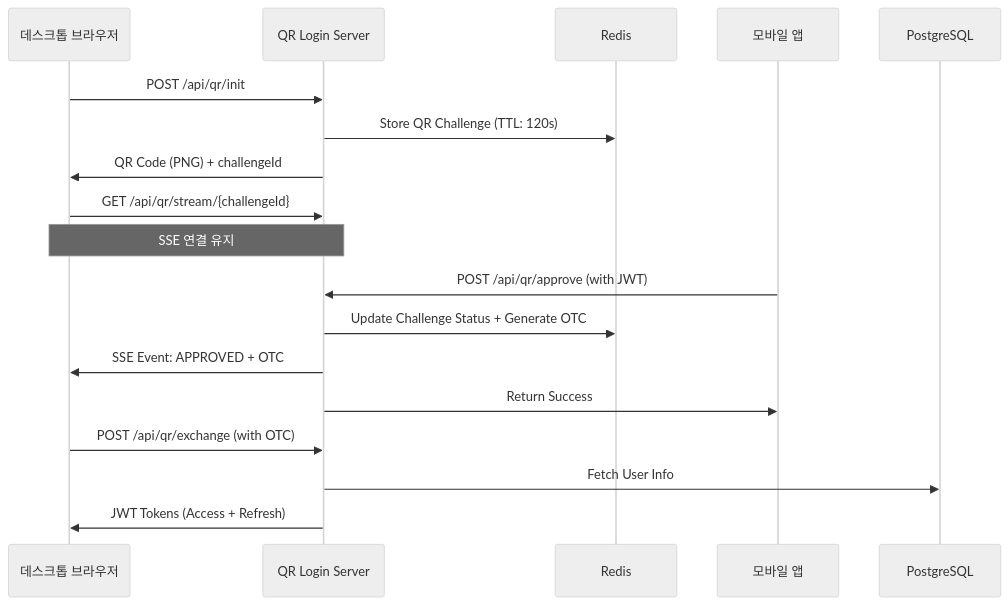
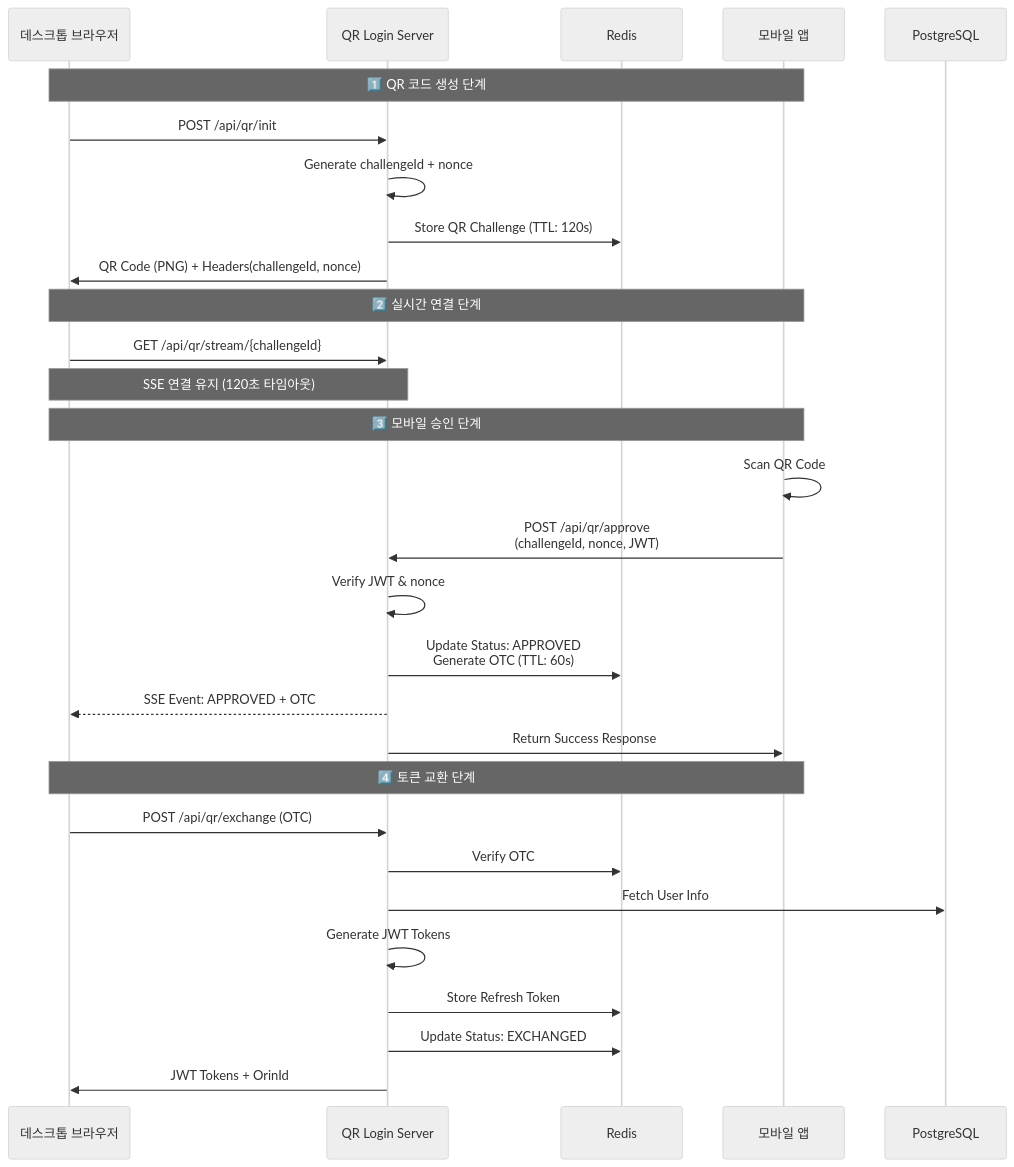
One commit to minjcho/mqttServer changed the second of 2 diagrams in qr-login-system/README.md. Above: the diagram before and after it, drawn with Mermaid (neutral theme). The commit also changed other lines of this file, not shown here.

Commit message:
[update] enhance README with Redis integration details and updated architecture diagrams

````diff
--- a/qr-login-system/README.md
+++ b/qr-login-system/README.md
@@ -22,24 +58,35 @@
 ```mermaid
 sequenceDiagram
     participant D as 데스크톱 브라우저
     participant S as QR Login Server
     participant R as Redis
     participant M as 모바일 앱
     participant P as PostgreSQL
 
+    Note over D,M: 1️⃣ QR 코드 생성 단계
     D->>S: POST /api/qr/init
+    S->>S: Generate challengeId + nonce
     S->>R: Store QR Challenge (TTL: 120s)
-    S->>D: QR Code (PNG) + challengeId
+    S->>D: QR Code (PNG) + Headers(challengeId, nonce)
     
+    Note over D,M: 2️⃣ 실시간 연결 단계
     D->>S: GET /api/qr/stream/{challengeId}
-    Note over D,S: SSE 연결 유지
+    Note over D,S: SSE 연결 유지 (120초 타임아웃)
     
-    M->>S: POST /api/qr/approve (with JWT)
-    S->>R: Update Challenge Status + Generate OTC
-    S->>D: SSE Event: APPROVED + OTC
-    S->>M: Return Success
+    Note over D,M: 3️⃣ 모바일 승인 단계
+    M->>M: Scan QR Code
+    M->>S: POST /api/qr/approve<br/>(challengeId, nonce, JWT)
+    S->>S: Verify JWT & nonce
+    S->>R: Update Status: APPROVED<br/>Generate OTC (TTL: 60s)
+    S-->>D: SSE Event: APPROVED + OTC
+    S->>M: Return Success Response
     
-    D->>S: POST /api/qr/exchange (with OTC)
+    Note over D,M: 4️⃣ 토큰 교환 단계
+    D->>S: POST /api/qr/exchange (OTC)
+    S->>R: Verify OTC
     S->>P: Fetch User Info
-    S->>D: JWT Tokens (Access + Refresh)
+    S->>S: Generate JWT Tokens
+    S->>R: Store Refresh Token
+    S->>R: Update Status: EXCHANGED
+    S->>D: JWT Tokens + OrinId
 ```
````
